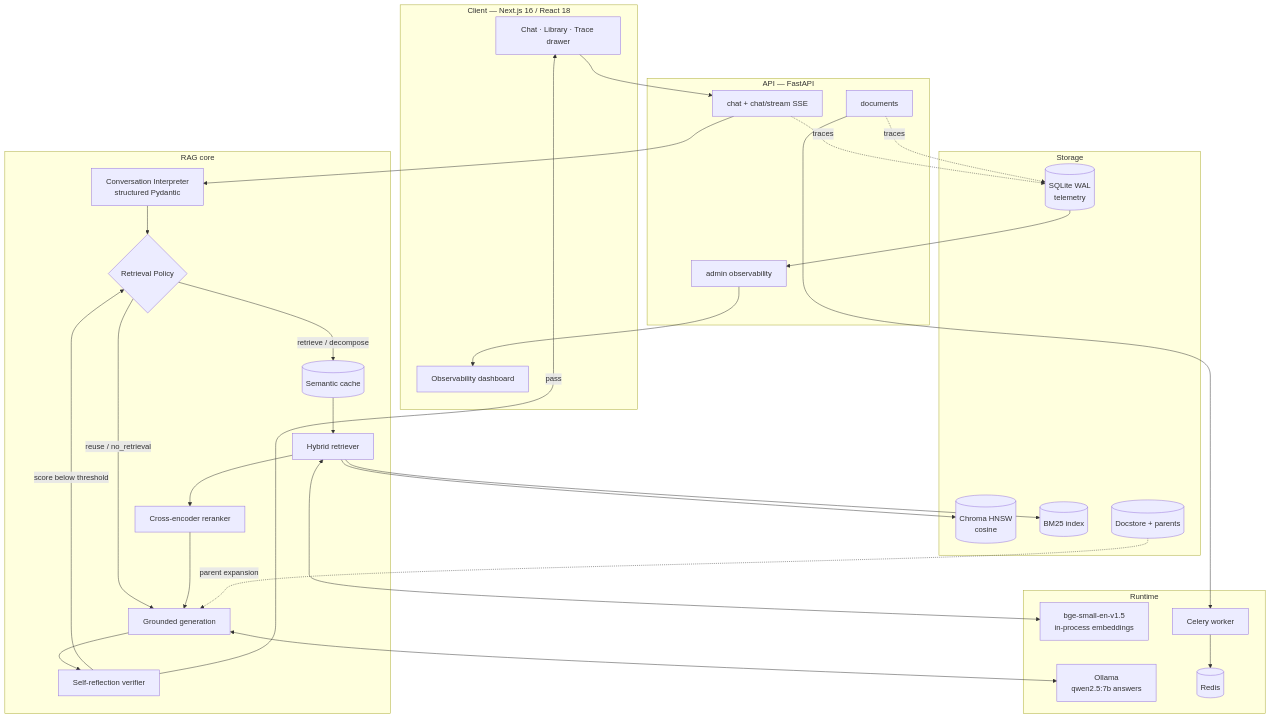
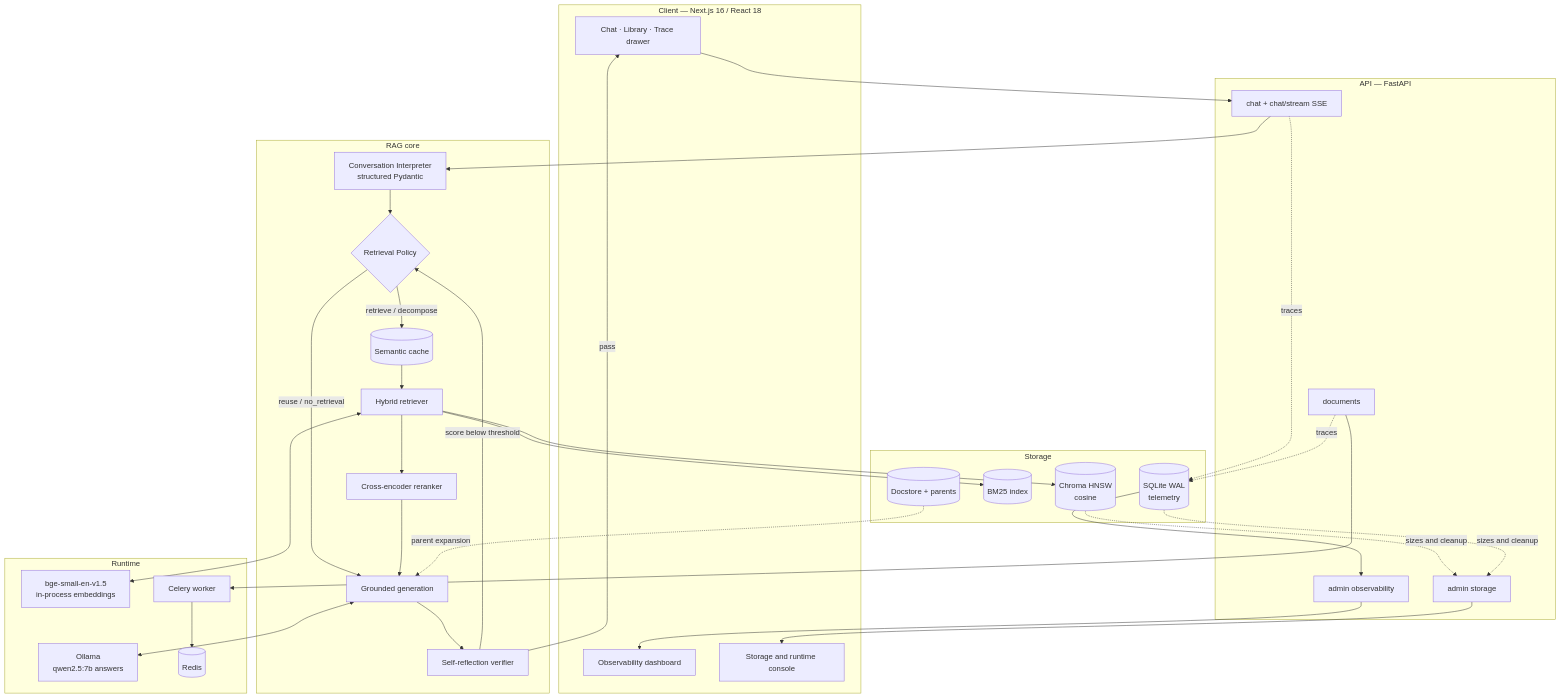
One commit to SoubhagyaJain/Company-policy-rag changed the first of 3 diagrams in README.md. Above: the diagram before and after it, drawn with Mermaid. The commit also changed other lines of this file and 1 other file, not shown here.

Commit message:
docs(readme): document the storage and runtime console

````diff
--- a/README.md
+++ b/README.md
@@ -610,60 +611,65 @@
 ```mermaid
 flowchart TB
     subgraph Client["Client — Next.js 16 / React 18"]
         UI[Chat · Library · Trace drawer]
         ADMIN[Observability dashboard]
+        STOR[Storage and runtime console]
     end
 
     subgraph API["API — FastAPI"]
         CHAT[chat + chat/stream SSE]
         DOCS[documents]
         OBS[admin observability]
+        STO[admin storage]
     end
 
     subgraph Core["RAG core"]
         CI[Conversation Interpreter<br/>structured Pydantic]
         POL{Retrieval Policy}
         SC[(Semantic cache)]
         RET[Hybrid retriever]
         RR[Cross-encoder reranker]
         GEN[Grounded generation]
         VER[Self-reflection verifier]
     end
 
     subgraph Data["Storage"]
         CH[(Chroma HNSW<br/>cosine)]
         BM[(BM25 index)]
         DS[(Docstore + parents)]
         TEL[(SQLite WAL<br/>telemetry)]
     end
 
     subgraph Infra["Runtime"]
         OLL[Ollama<br/>qwen2.5:7b answers]
         EMB[bge-small-en-v1.5<br/>in-process embeddings]
         RED[(Redis)]
         CEL[Celery worker]
     end
 
     UI --> CHAT
     CHAT --> CI
     CI --> POL
     POL -->|reuse / no_retrieval| GEN
     POL -->|retrieve / decompose| SC
     SC --> RET
     RET --> CH
     RET --> BM
     RET --> RR
     RR --> GEN
     DS -.parent expansion.-> GEN
     GEN --> VER
     VER -->|score below threshold| POL
     VER -->|pass| UI
     GEN <--> OLL
     RET <--> EMB
     DOCS --> CEL
     CEL --> RED
     CHAT -.traces.-> TEL
     DOCS -.traces.-> TEL
     TEL --> OBS
     OBS --> ADMIN
+    CH -.sizes and cleanup.-> STO
+    TEL -.sizes and cleanup.-> STO
+    STO --> STOR
 ```
````
